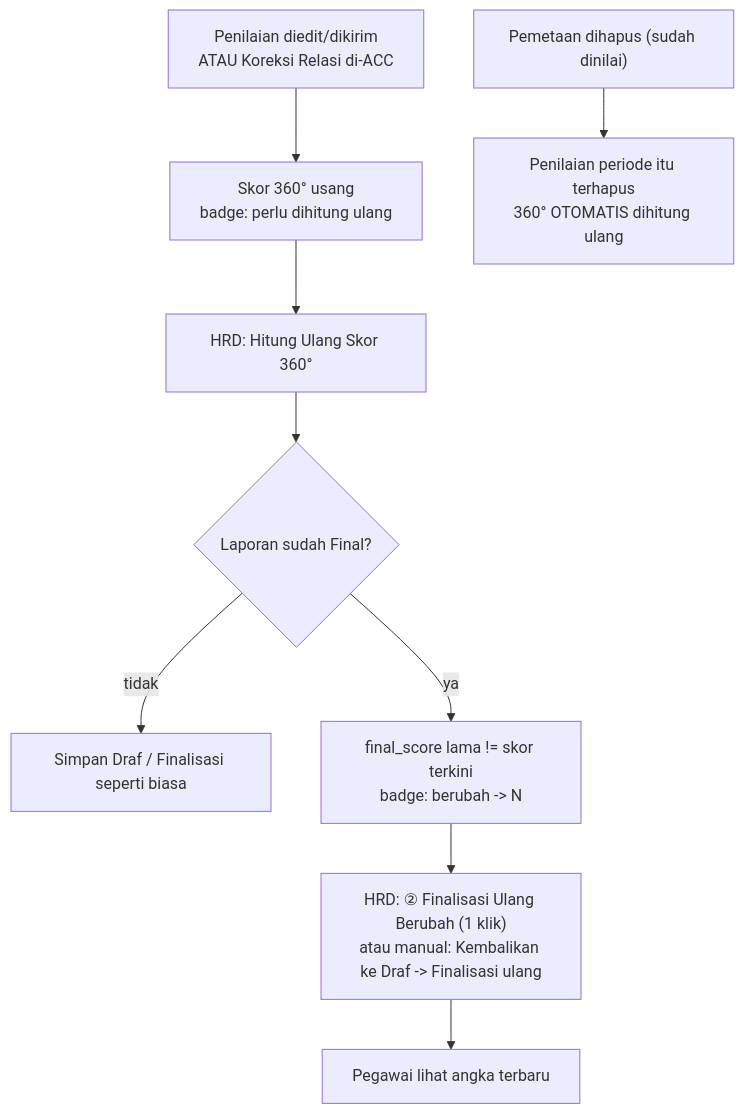
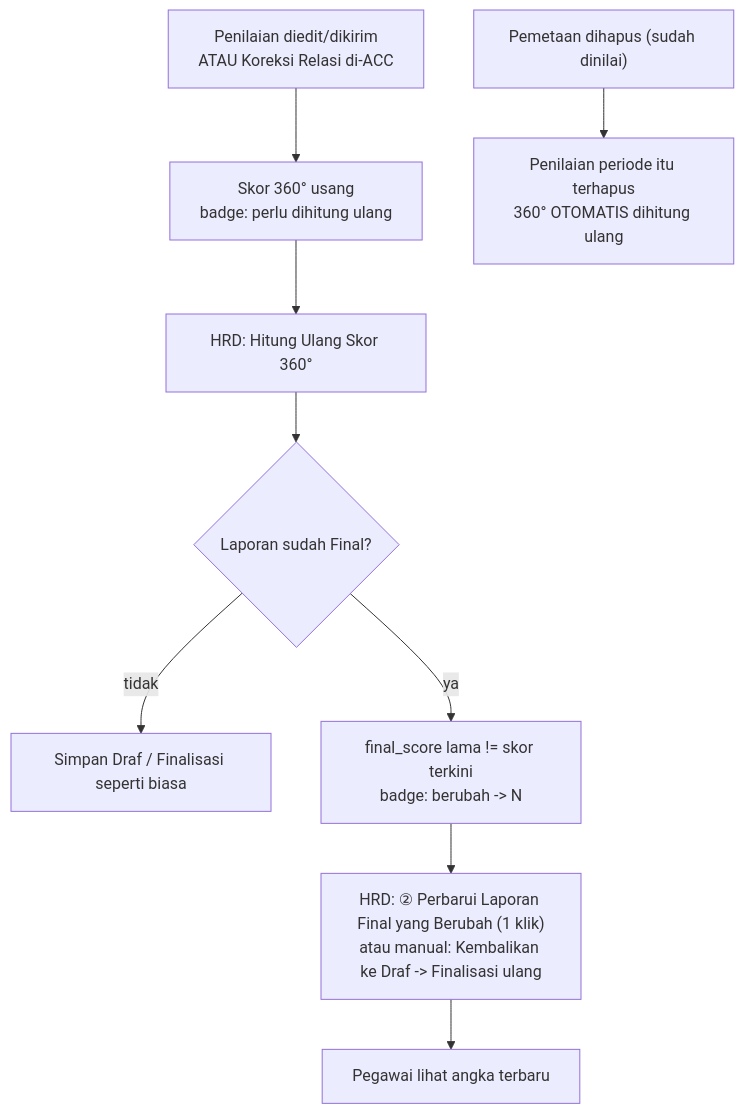
The fourth of 6 diagrams in docs/panduan/CARA-PENGGUNAAN.md (infarmcorp/infarm-360), drawn with Mermaid before and after one commit. The commit also changed other lines of this file and 23 other files, not shown here.

````diff
--- a/docs/panduan/CARA-PENGGUNAAN.md
+++ b/docs/panduan/CARA-PENGGUNAAN.md
@@ -907,11 +1068,11 @@
 ```mermaid
 flowchart TD
     X["Penilaian diedit/dikirim<br/>ATAU Koreksi Relasi di-ACC"] --> Y["Skor 360° usang<br/>badge: perlu dihitung ulang"]
     Y --> Z["HRD: Hitung Ulang Skor 360°"]
     Z --> W{"Laporan sudah Final?"}
     W -- "tidak" --> U["Simpan Draf / Finalisasi seperti biasa"]
     W -- "ya" --> V["final_score lama != skor terkini<br/>badge: berubah -> N"]
-    V --> R["HRD: ② Finalisasi Ulang Berubah (1 klik)<br/>atau manual: Kembalikan ke Draf -> Finalisasi ulang"]
+    V --> R["HRD: ② Perbarui Laporan Final yang Berubah (1 klik)<br/>atau manual: Kembalikan ke Draf -> Finalisasi ulang"]
     R --> S["Pegawai lihat angka terbaru"]
     M["Pemetaan dihapus (sudah dinilai)"] --> N["Penilaian periode itu terhapus<br/>360° OTOMATIS dihitung ulang"]
 ```
````
